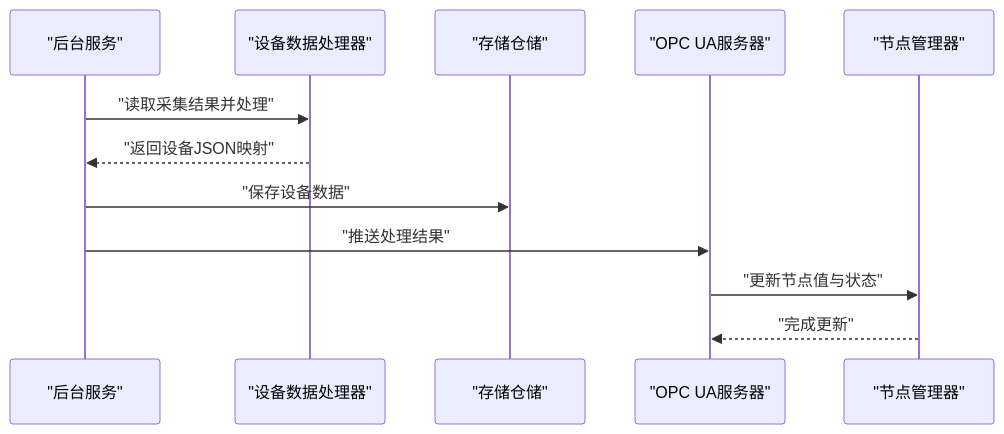
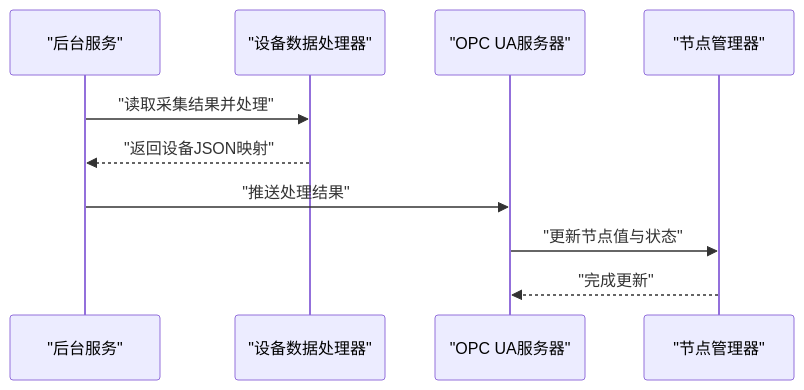
The second of 8 diagrams in .qoder/repowiki/zh/content/基础设施层.md (whitemousetl/IndustrialDataSolution), drawn with Mermaid before and after one commit. The commit also changed other lines of this file and 18 other files, not shown here.

````diff
--- a/.qoder/repowiki/zh/content/基础设施层.md
+++ b/.qoder/repowiki/zh/content/基础设施层.md
@@ -117,14 +114,12 @@
 ```mermaid
 sequenceDiagram
 participant Host as "后台服务"
 participant Proc as "设备数据处理器"
-participant Repo as "存储仓储"
 participant OPC as "OPC UA服务器"
 participant NM as "节点管理器"
 Host->>Proc : "读取采集结果并处理"
 Proc-->>Host : "返回设备JSON映射"
-Host->>Repo : "保存设备数据"
 Host->>OPC : "推送处理结果"
 OPC->>NM : "更新节点值与状态"
 NM-->>OPC : "完成更新"
 ```
````
